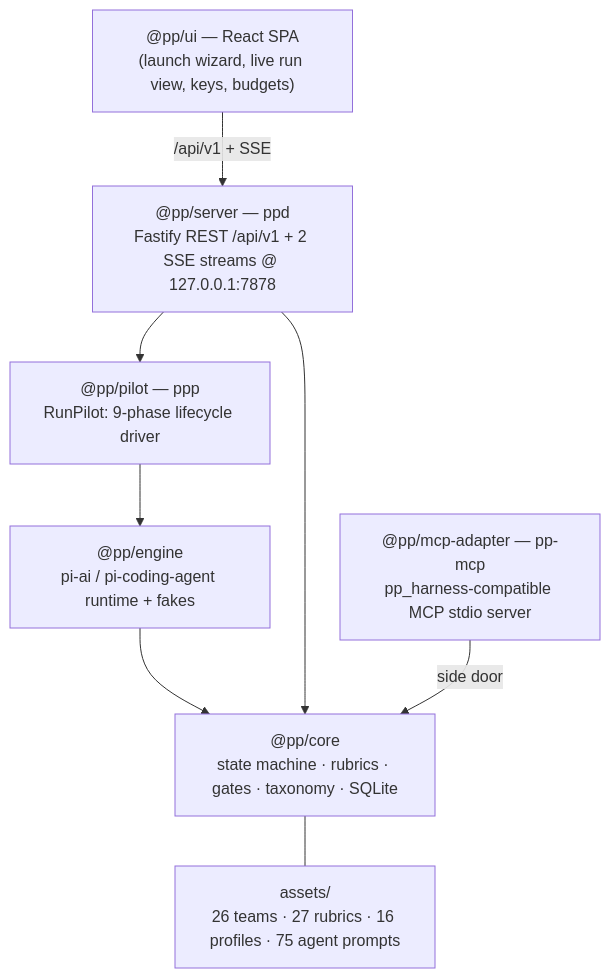
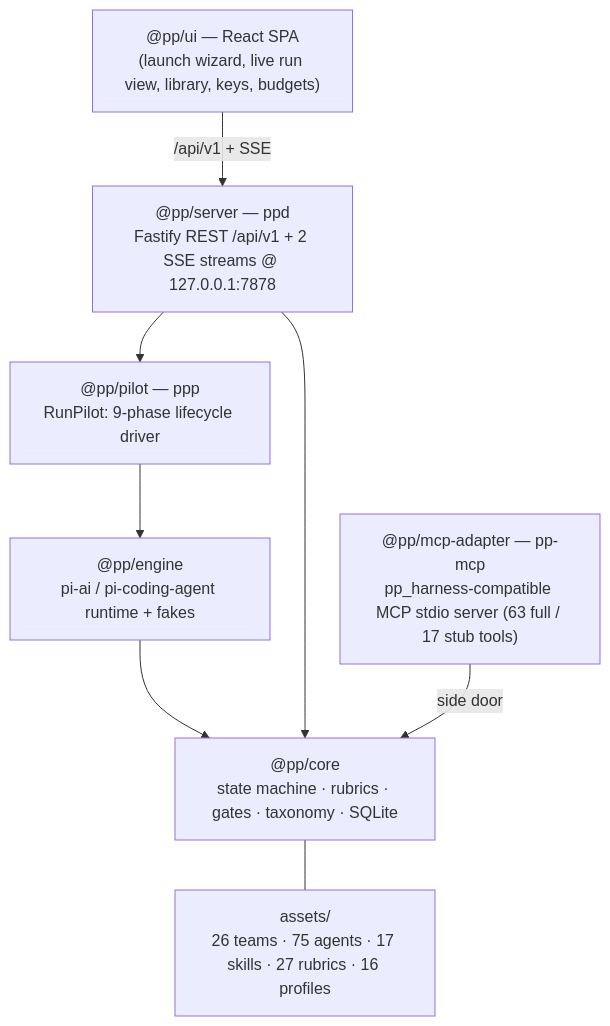
One commit to lebobo88/pi-pp-platform changed the diagram in README.md. Above: the diagram before and after it, drawn with Mermaid. The commit also changed other lines of this file and 6 other files, not shown here.

````diff
--- a/README.md
+++ b/README.md
@@ -52,18 +68,18 @@
 ```mermaid
 flowchart TD
-  UI["@pp/ui — React SPA<br/>(launch wizard, live run view, keys, budgets)"]
+  UI["@pp/ui — React SPA<br/>(launch wizard, live run view, library, keys, budgets)"]
   SERVER["@pp/server — ppd<br/>Fastify REST /api/v1 + 2 SSE streams @ 127.0.0.1:7878"]
   PILOT["@pp/pilot — ppp<br/>RunPilot: 9-phase lifecycle driver"]
   ENGINE["@pp/engine<br/>pi-ai / pi-coding-agent runtime + fakes"]
   CORE["@pp/core<br/>state machine · rubrics · gates · taxonomy · SQLite"]
-  MCP["@pp/mcp-adapter — pp-mcp<br/>pp_harness-compatible MCP stdio server"]
-  ASSETS["assets/<br/>26 teams · 27 rubrics · 16 profiles · 75 agent prompts"]
+  MCP["@pp/mcp-adapter — pp-mcp<br/>pp_harness-compatible MCP stdio server (63 full / 17 stub tools)"]
+  ASSETS["assets/<br/>26 teams · 75 agents · 17 skills · 27 rubrics · 16 profiles"]
 
   UI -->|"/api/v1 + SSE"| SERVER
   SERVER --> PILOT
   PILOT --> ENGINE
   ENGINE --> CORE
   SERVER --> CORE
   MCP -->|"side door"| CORE
   CORE --- ASSETS
 ```
````
